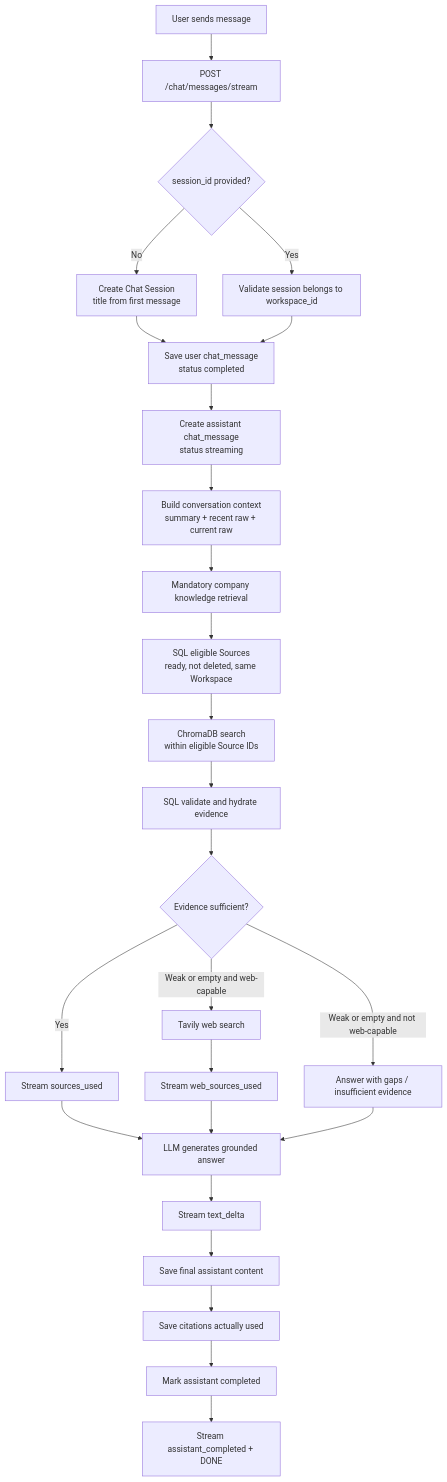
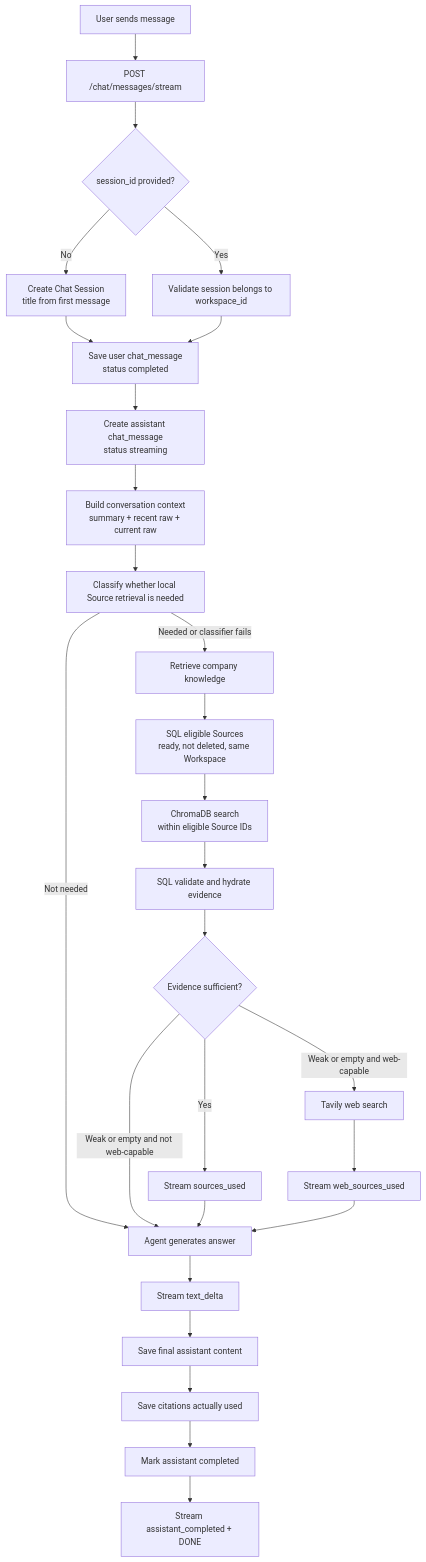
The eighth of 9 diagrams in docs/architecture.md (kodvel/final-project), drawn with Mermaid before and after one commit. The commit also changed other lines of this file and 29 other files, not shown here.

````diff
--- a/docs/architecture.md
+++ b/docs/architecture.md
@@ -654,28 +660,29 @@
 ```mermaid
 flowchart TD
   A[User sends message] --> B[POST /chat/messages/stream]
   B --> C{session_id provided?}
   C -->|No| D[Create Chat Session<br/>title from first message]
   C -->|Yes| E[Validate session belongs to workspace_id]
   D --> F[Save user chat_message<br/>status completed]
   E --> F
   F --> G[Create assistant chat_message<br/>status streaming]
   G --> H[Build conversation context<br/>summary + recent raw + current raw]
-  H --> I[Mandatory company knowledge retrieval]
-  I --> J[SQL eligible Sources<br/>ready, not deleted, same Workspace]
-  J --> K[ChromaDB search<br/>within eligible Source IDs]
-  K --> L[SQL validate and hydrate evidence]
-  L --> M{Evidence sufficient?}
-  M -->|Yes| N[Stream sources_used]
-  M -->|Weak or empty and web-capable| O[Tavily web search]
-  M -->|Weak or empty and not web-capable| P[Answer with gaps / insufficient evidence]
-  O --> Q[Stream web_sources_used]
-  N --> R[LLM generates grounded answer]
-  Q --> R
-  P --> R
-  R --> S[Stream text_delta]
+  H --> I[Classify whether local Source retrieval is needed]
+  I -->|Needed or classifier fails| J[Retrieve company knowledge]
+  I -->|Not needed| Q[Agent generates answer]
+  J --> K[SQL eligible Sources<br/>ready, not deleted, same Workspace]
+  K --> L[ChromaDB search<br/>within eligible Source IDs]
+  L --> M[SQL validate and hydrate evidence]
+  M --> N{Evidence sufficient?}
+  N -->|Yes| O[Stream sources_used]
+  N -->|Weak or empty and web-capable| P[Tavily web search]
+  N -->|Weak or empty and not web-capable| Q
+  O --> Q
+  P --> R[Stream web_sources_used]
+  R --> Q
+  Q --> S[Stream text_delta]
   S --> T[Save final assistant content]
   T --> U[Save citations actually used]
   U --> V[Mark assistant completed]
   V --> W[Stream assistant_completed + DONE]
 ```
````
